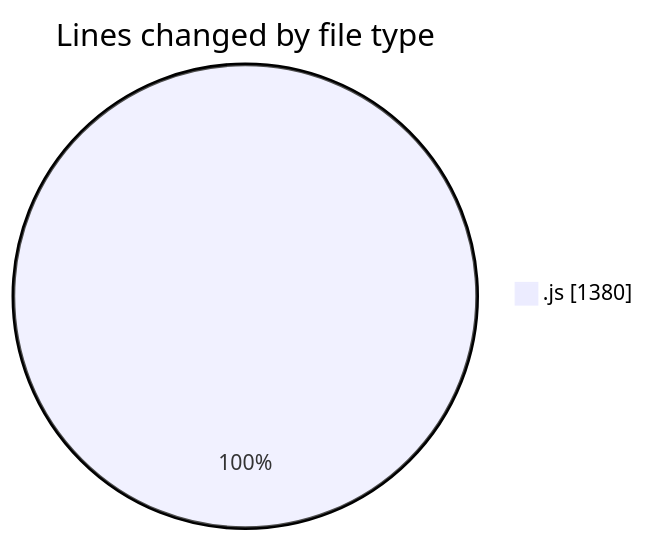
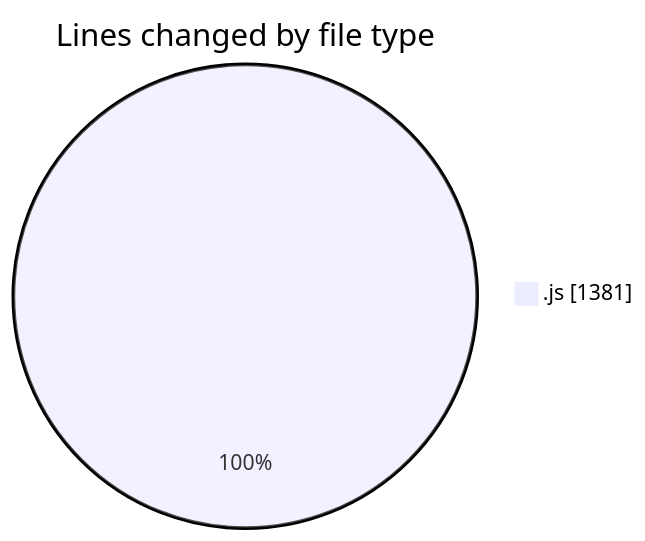
One commit to nxtqubesakshisongat/code-tracking changed the first of 2 diagrams in 2025-09-08/cashcalculator/README.md. Above: the diagram before and after it, drawn with Mermaid. The commit also changed other lines of this file and 1 other file, not shown here.

````diff
--- a/2025-09-08/cashcalculator/README.md
+++ b/2025-09-08/cashcalculator/README.md
@@ -20,5 +20,5 @@
 ```mermaid
 pie showData
 title Lines changed by file type
-".js" : 1380
+".js" : 1381
 ```
````
